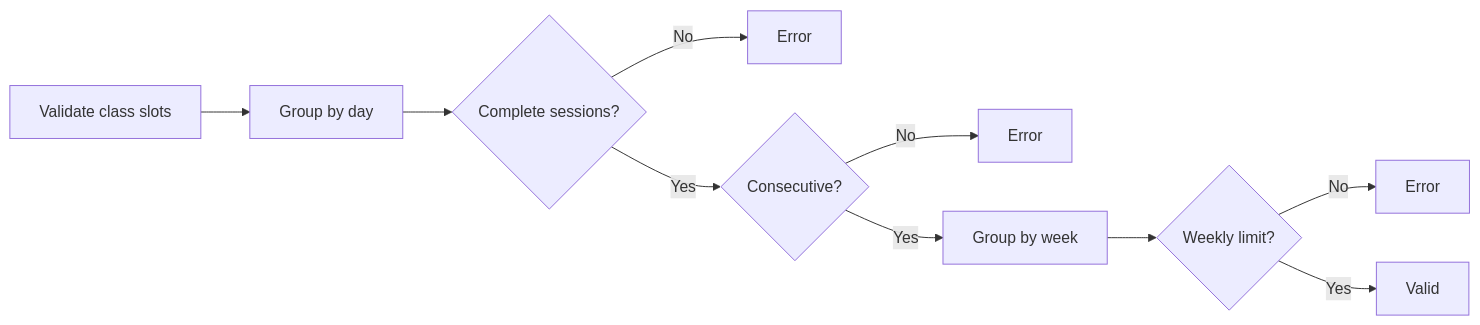
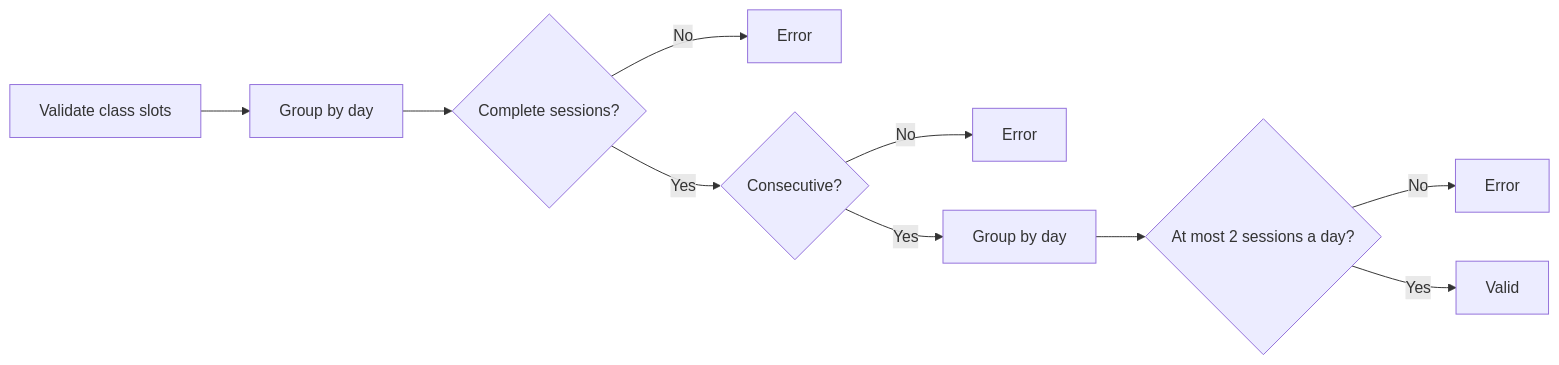
The third of 5 diagrams in docs/booking/02-event-types-and-validation.md (Practitionist/familiarise_web), drawn with Mermaid before and after one commit. The commit also changed other lines of this file and 38 other files, not shown here.

````diff
--- a/docs/booking/02-event-types-and-validation.md
+++ b/docs/booking/02-event-types-and-validation.md
@@ -114,12 +114,12 @@
 ```mermaid
 flowchart LR
     A[Validate class slots] --> B[Group by day]
     B --> C{Complete sessions?}
     C -->|No| X1[Error]
     C -->|Yes| D{Consecutive?}
     D -->|No| X2[Error]
-    D -->|Yes| E[Group by week]
-    E --> F{Weekly limit?}
+    D -->|Yes| E[Group by day]
+    E --> F{At most 2 sessions a day?}
     F -->|No| X3[Error]
     F -->|Yes| G[Valid]
 ```
````
